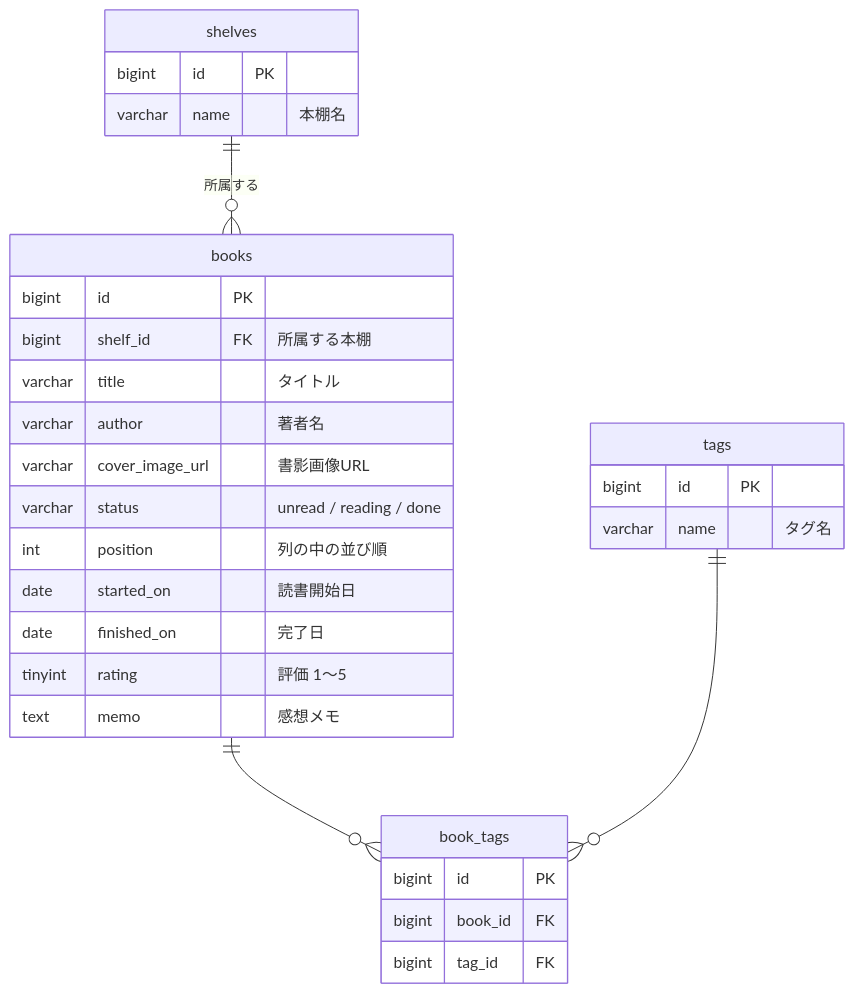
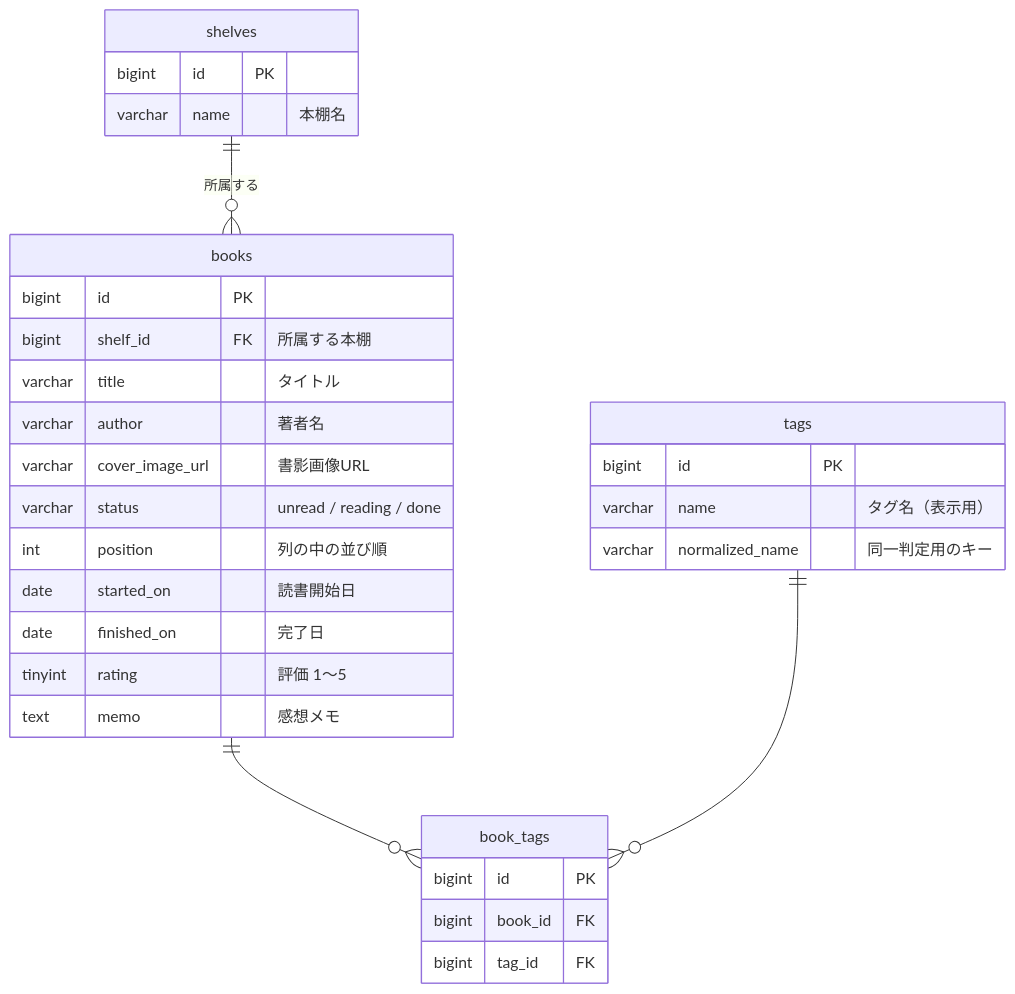
One commit to okky0908-prog/bookshelf-app changed the diagram in docs/database.md. Above: the diagram before and after it, drawn with Mermaid. The commit also changed other lines of this file and 2 other files, not shown here.

````diff
--- a/docs/database.md
+++ b/docs/database.md
@@ -14,33 +14,34 @@
 ```mermaid
 erDiagram
     shelves ||--o{ books : "所属する"
     books ||--o{ book_tags : ""
     tags ||--o{ book_tags : ""
 
     shelves {
         bigint id PK
         varchar name "本棚名"
     }
     books {
         bigint id PK
         bigint shelf_id FK "所属する本棚"
         varchar title "タイトル"
         varchar author "著者名"
         varchar cover_image_url "書影画像URL"
         varchar status "unread / reading / done"
         int position "列の中の並び順"
         date started_on "読書開始日"
         date finished_on "完了日"
         tinyint rating "評価 1〜5"
         text memo "感想メモ"
     }
     tags {
         bigint id PK
-        varchar name "タグ名"
+        varchar name "タグ名（表示用）"
+        varchar normalized_name "同一判定用のキー"
     }
     book_tags {
         bigint id PK
         bigint book_id FK
         bigint tag_id FK
     }
 ```
````
